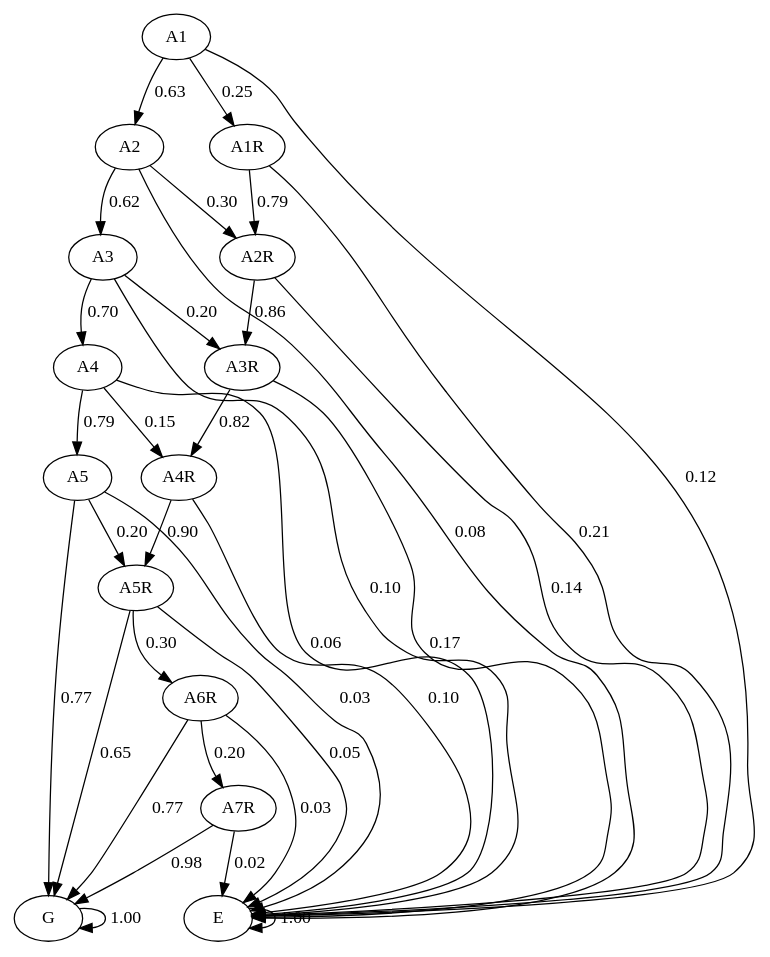
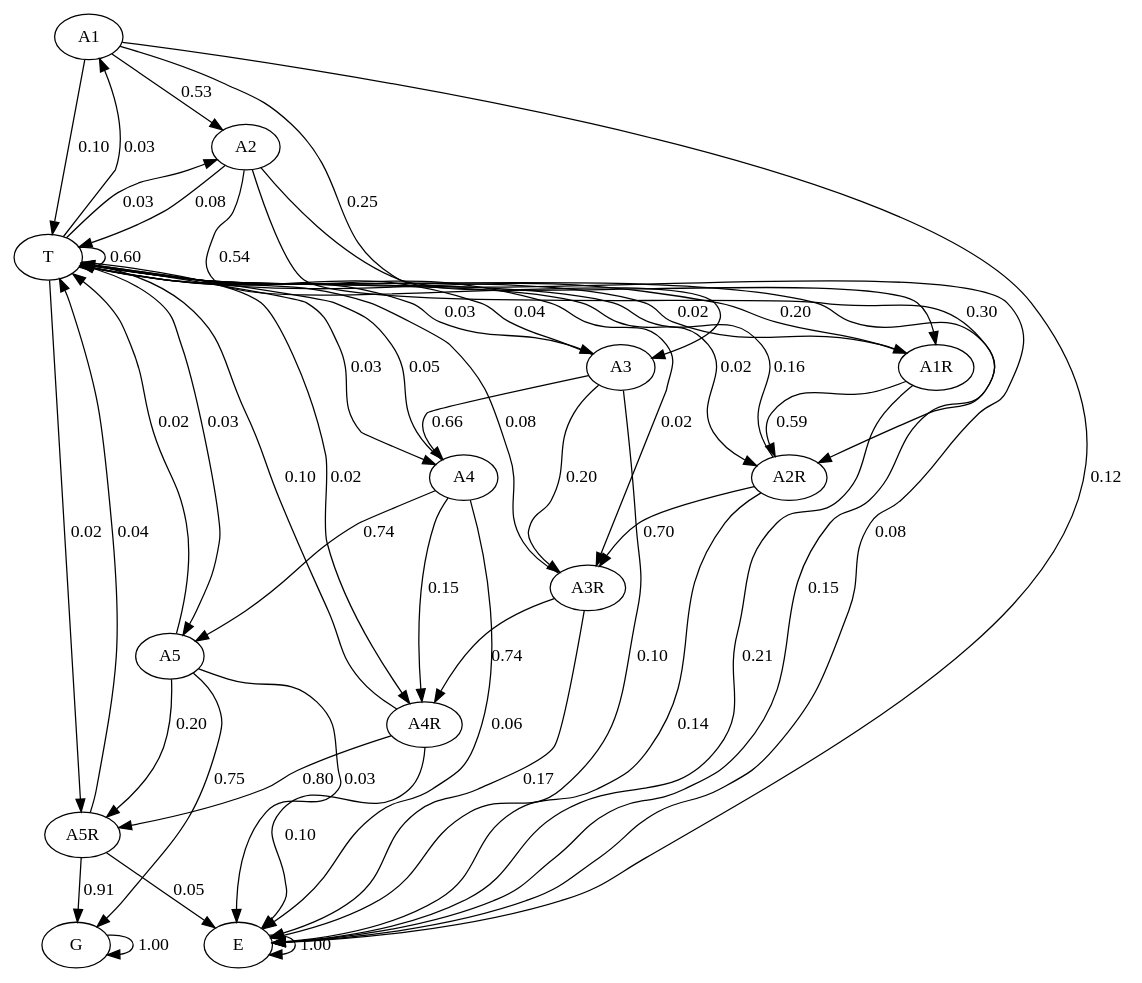
The diagram in mc.dot (JulianaFerreira/educacao), drawn with Graphviz before and after one commit. The commit also changed 3 other files, not shown here.

```diff
--- a/mc.dot
+++ b/mc.dot
@@ -1,49 +1,64 @@
 digraph  {
 "A1";
 "A2";
 "A1R";
+"T";
 "E";
 "A3";
 "A2R";
 "A4";
 "A3R";
 "A5";
 "A4R";
 "A5R";
 "G";
-"A6R";
-"A7R";
-"A1" -> "A2"  [key=0, label="0.63", weight="0.63"];
+"A1" -> "A2"  [key=0, label="0.53", weight="0.53"];
 "A1" -> "A1R"  [key=0, label="0.25", weight="0.25"];
+"A1" -> "T"  [key=0, label="0.10", weight="0.1"];
 "A1" -> "E"  [key=0, label="0.12", weight="0.12"];
-"A2" -> "A3"  [key=0, label="0.62", weight="0.62"];
+"A2" -> "A3"  [key=0, label="0.54", weight="0.54"];
 "A2" -> "A2R"  [key=0, label="0.30", weight="0.3"];
+"A2" -> "T"  [key=0, label="0.08", weight="0.08"];
 "A2" -> "E"  [key=0, label="0.08", weight="0.08"];
-"A1R" -> "A2R"  [key=0, label="0.79", weight="0.79"];
+"A1R" -> "A2R"  [key=0, label="0.59", weight="0.59"];
+"A1R" -> "T"  [key=0, label="0.20", weight="0.2"];
 "A1R" -> "E"  [key=0, label="0.21", weight="0.21"];
+"T" -> "A1"  [key=0, label="0.03", weight="0.03"];
+"T" -> "A2"  [key=0, label="0.03", weight="0.03"];
+"T" -> "A3"  [key=0, label="0.03", weight="0.03"];
+"T" -> "A4"  [key=0, label="0.03", weight="0.03"];
+"T" -> "A5"  [key=0, label="0.03", weight="0.03"];
+"T" -> "A1R"  [key=0, label="0.02", weight="0.02"];
+"T" -> "A2R"  [key=0, label="0.02", weight="0.02"];
+"T" -> "A3R"  [key=0, label="0.02", weight="0.02"];
+"T" -> "A4R"  [key=0, label="0.02", weight="0.02"];
+"T" -> "A5R"  [key=0, label="0.02", weight="0.02"];
+"T" -> "T"  [key=0, label="0.60", weight="0.6"];
+"T" -> "E"  [key=0, label="0.15", weight="0.15"];
 "E" -> "E"  [key=0, label="1.00", weight="1.0"];
-"A3" -> "A4"  [key=0, label="0.70", weight="0.7"];
+"A3" -> "A4"  [key=0, label="0.66", weight="0.66"];
 "A3" -> "A3R"  [key=0, label="0.20", weight="0.2"];
+"A3" -> "T"  [key=0, label="0.04", weight="0.04"];
 "A3" -> "E"  [key=0, label="0.10", weight="0.1"];
-"A2R" -> "A3R"  [key=0, label="0.86", weight="0.86"];
+"A2R" -> "A3R"  [key=0, label="0.70", weight="0.7"];
+"A2R" -> "T"  [key=0, label="0.16", weight="0.16"];
 "A2R" -> "E"  [key=0, label="0.14", weight="0.14"];
-"A4" -> "A5"  [key=0, label="0.79", weight="0.79"];
+"A4" -> "A5"  [key=0, label="0.74", weight="0.74"];
 "A4" -> "A4R"  [key=0, label="0.15", weight="0.15"];
+"A4" -> "T"  [key=0, label="0.05", weight="0.05"];
 "A4" -> "E"  [key=0, label="0.06", weight="0.06"];
-"A3R" -> "A4R"  [key=0, label="0.82", weight="0.825"];
+"A3R" -> "A4R"  [key=0, label="0.74", weight="0.745"];
+"A3R" -> "T"  [key=0, label="0.08", weight="0.08"];
 "A3R" -> "E"  [key=0, label="0.17", weight="0.175"];
 "A5" -> "A5R"  [key=0, label="0.20", weight="0.2"];
-"A5" -> "G"  [key=0, label="0.77", weight="0.77"];
+"A5" -> "T"  [key=0, label="0.02", weight="0.02"];
+"A5" -> "G"  [key=0, label="0.75", weight="0.75"];
 "A5" -> "E"  [key=0, label="0.03", weight="0.03"];
-"A4R" -> "A5R"  [key=0, label="0.90", weight="0.895"];
+"A4R" -> "A5R"  [key=0, label="0.80", weight="0.795"];
+"A4R" -> "T"  [key=0, label="0.10", weight="0.1"];
 "A4R" -> "E"  [key=0, label="0.10", weight="0.105"];
-"A5R" -> "A6R"  [key=0, label="0.30", weight="0.3"];
-"A5R" -> "G"  [key=0, label="0.65", weight="0.6475"];
+"A5R" -> "T"  [key=0, label="0.04", weight="0.04"];
+"A5R" -> "G"  [key=0, label="0.91", weight="0.9075"];
 "A5R" -> "E"  [key=0, label="0.05", weight="0.0525"];
 "G" -> "G"  [key=0, label="1.00", weight="1.0"];
-"A6R" -> "A7R"  [key=0, label="0.20", weight="0.2"];
-"A6R" -> "G"  [key=0, label="0.77", weight="0.77"];
-"A6R" -> "E"  [key=0, label="0.03", weight="0.03"];
-"A7R" -> "G"  [key=0, label="0.98", weight="0.98"];
-"A7R" -> "E"  [key=0, label="0.02", weight="0.02"];
 }
```
